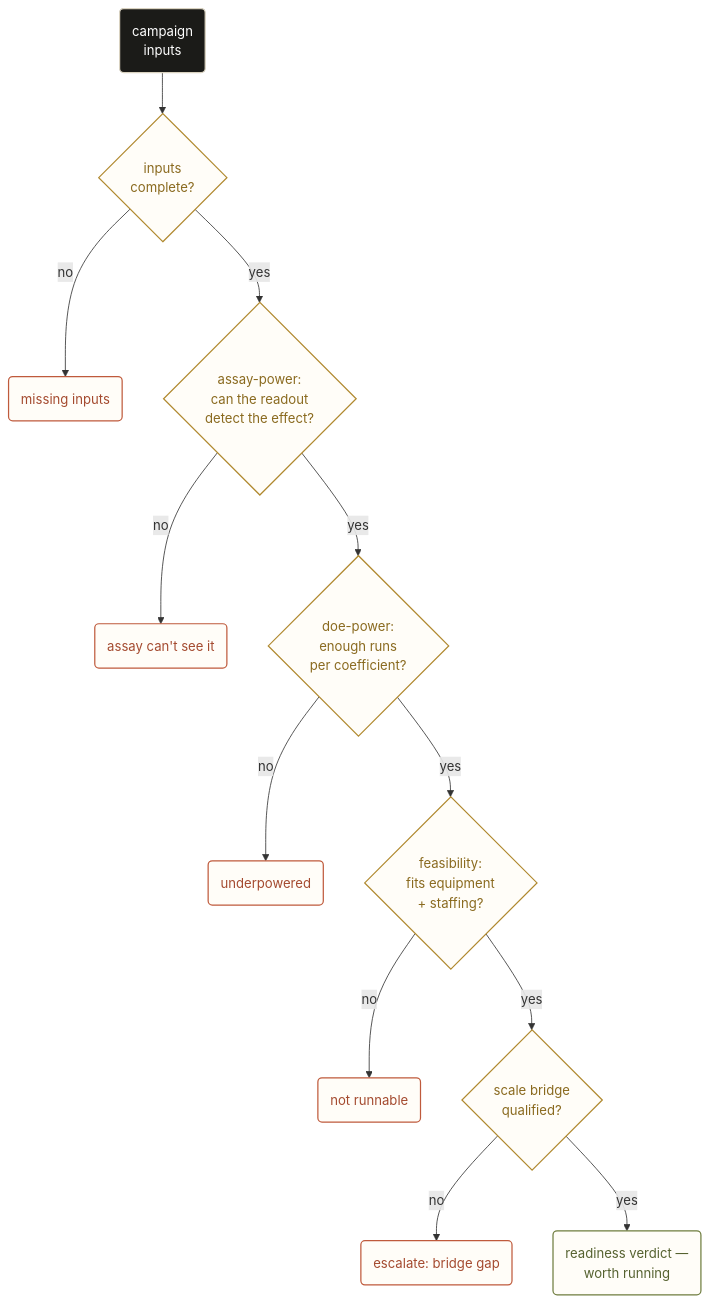
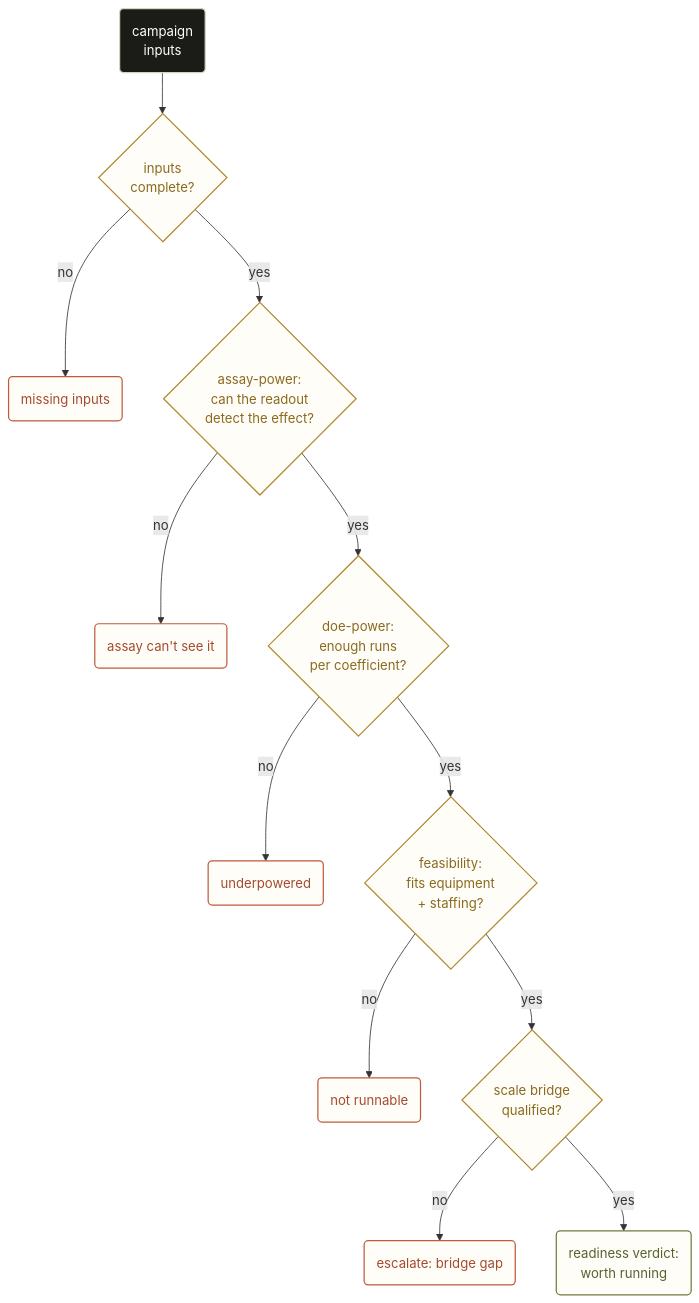
Before and after one commit to BioSymphony/ferm-doe: the seventh of 14 diagrams in README.md, drawn with Mermaid. The commit also changed other lines of this file, not shown here.

````diff
--- a/README.md
+++ b/README.md
@@ -317,18 +317,18 @@
 ```mermaid
 flowchart TB
   IN("campaign<br/>inputs"):::hero --> G1{"inputs<br/>complete?"}:::gate
   G1 -->|"no"| X1("missing inputs"):::block
   G1 -->|"yes"| G2{"assay-power:<br/>can the readout<br/>detect the effect?"}:::gate
   G2 -->|"no"| X2("assay can't see it"):::block
   G2 -->|"yes"| G3{"doe-power:<br/>enough runs<br/>per coefficient?"}:::gate
   G3 -->|"no"| X3("underpowered"):::block
   G3 -->|"yes"| G4{"feasibility:<br/>fits equipment<br/>+ staffing?"}:::gate
   G4 -->|"no"| X4("not runnable"):::block
   G4 -->|"yes"| G5{"scale bridge<br/>qualified?"}:::gate
   G5 -->|"no"| X5("escalate: bridge gap"):::block
-  G5 -->|"yes"| OK("readiness verdict —<br/>worth running"):::go
+  G5 -->|"yes"| OK("readiness verdict:<br/>worth running"):::go
   classDef hero fill:#1b1b18,stroke:#d9d2c0,color:#ffffff,stroke-width:1.5px;
   classDef gate fill:#fffdf8,stroke:#b0892f,color:#8a6a1f,stroke-width:1.5px;
   classDef go fill:#fffdf8,stroke:#6f7d3f,color:#566230,stroke-width:1.5px;
   classDef block fill:#fffdf8,stroke:#bf5a3c,color:#a44a2f,stroke-width:1.5px;
 ```
````
